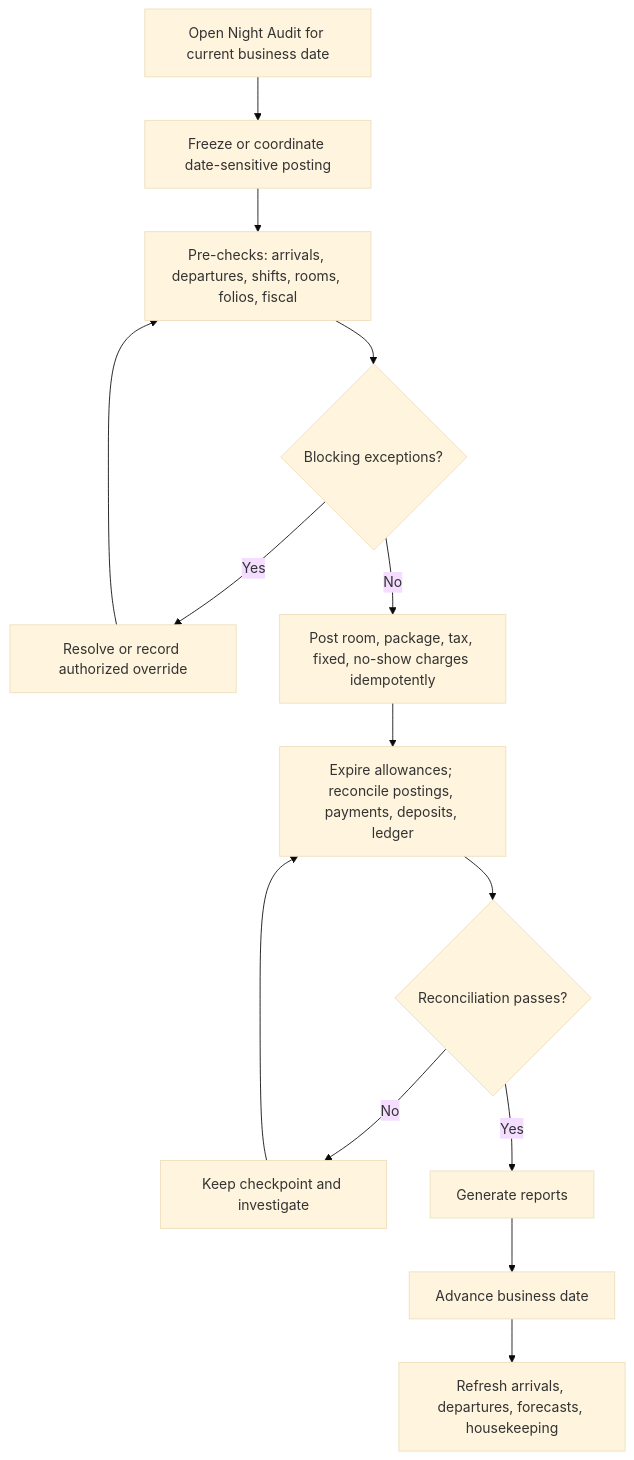
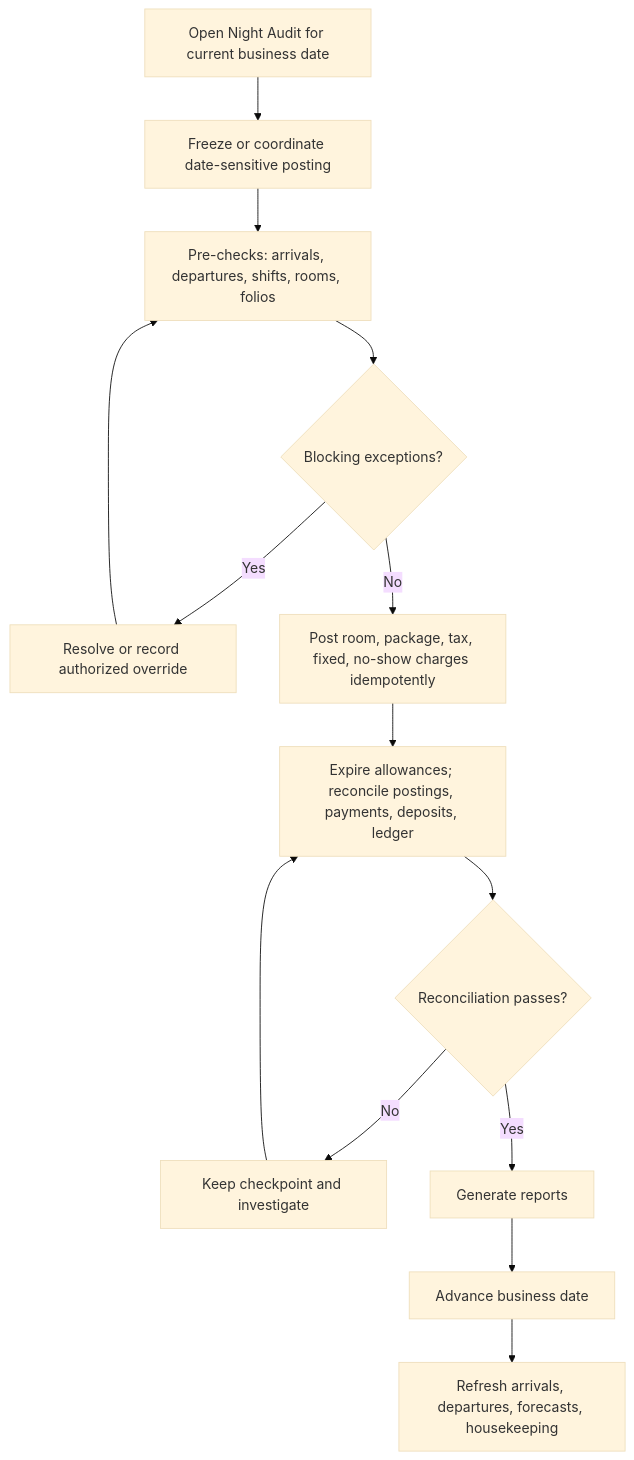
Before and after one commit to navariltd/frappoint: the eighth of 8 diagrams in hotel_management_design.md, drawn with Mermaid (base theme). The commit also changed other lines of this file and 1 other file, not shown here.

````diff
--- a/hotel_management_design.md
+++ b/hotel_management_design.md
@@ -1218,16 +1230,16 @@
 ```mermaid
 flowchart TD
     A[Open Night Audit for current business date] --> B[Freeze or coordinate date-sensitive posting]
-    B --> C[Pre-checks: arrivals, departures, shifts, rooms, folios, fiscal]
+    B --> C[Pre-checks: arrivals, departures, shifts, rooms, folios]
     C --> D{Blocking exceptions?}
     D -->|Yes| E[Resolve or record authorized override]
     E --> C
     D -->|No| F[Post room, package, tax, fixed, no-show charges idempotently]
     F --> G[Expire allowances; reconcile postings, payments, deposits, ledger]
     G --> H{Reconciliation passes?}
     H -->|No| I[Keep checkpoint and investigate]
     I --> G
     H -->|Yes| J[Generate reports]
     J --> K[Advance business date]
     K --> L[Refresh arrivals, departures, forecasts, housekeeping]
 ```
````
